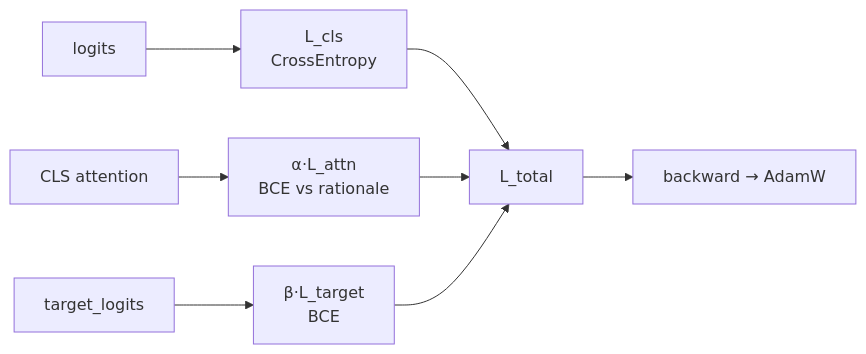
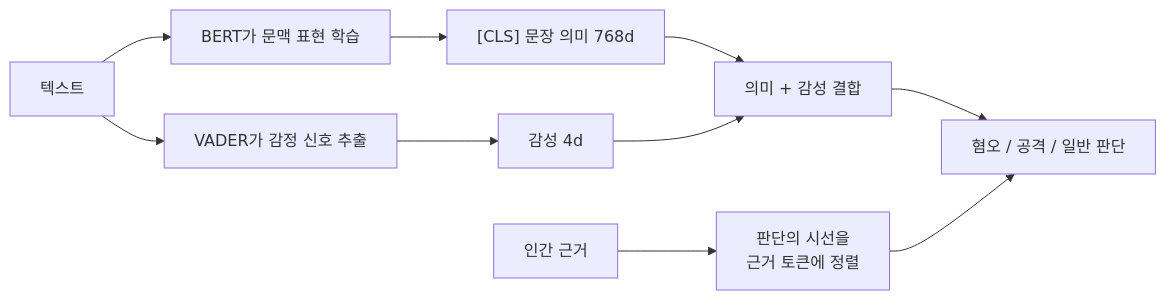
The fourth of 11 diagrams in v2/docs/24_architecture.md (WinterFlw/Big_data_Programming), drawn with Mermaid before and after one commit. The commit also changed other lines of this file, not shown here.

````diff
--- a/v2/docs/24_architecture.md
+++ b/v2/docs/24_architecture.md
@@ -76,10 +64,9 @@
 ```mermaid
 flowchart LR
-    logits[logits] --> lcls[L_cls<br/>CrossEntropy]
-    attn["CLS attention"] --> lattn[α·L_attn<br/>BCE vs rationale]
-    auxlogits[target_logits] --> ltgt[β·L_target<br/>BCE]
-    lcls --> total[L_total]
-    lattn --> total
-    ltgt --> total
-    total --> back[backward → AdamW]
+    text[텍스트] --> bert[BERT가 문맥 표현 학습] --> meaning["[CLS] 문장 의미 768d"]
+    text --> senti[VADER가 감정 신호 추출] --> meaning2[감성 4d]
+    meaning --> fuse[의미 + 감성 결합]
+    meaning2 --> fuse
+    fuse --> judge[혐오 / 공격 / 일반 판단]
+    rationale[인간 근거] --> guide[판단의 시선을<br/>근거 토큰에 정렬] --> judge
 ```
````
